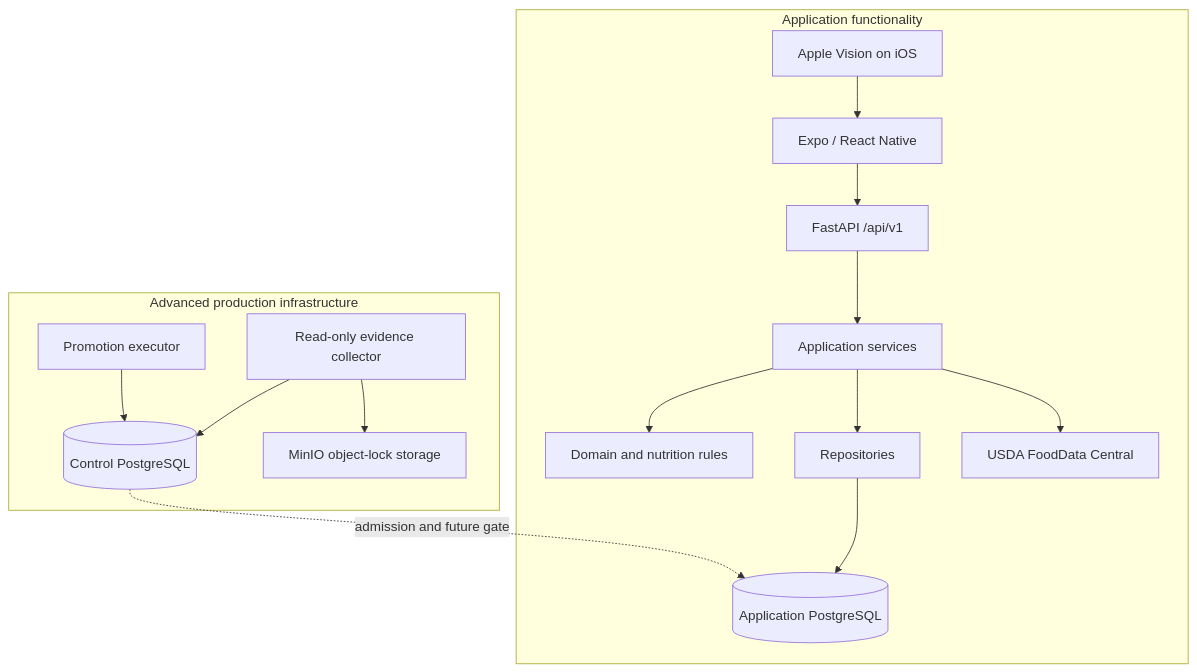
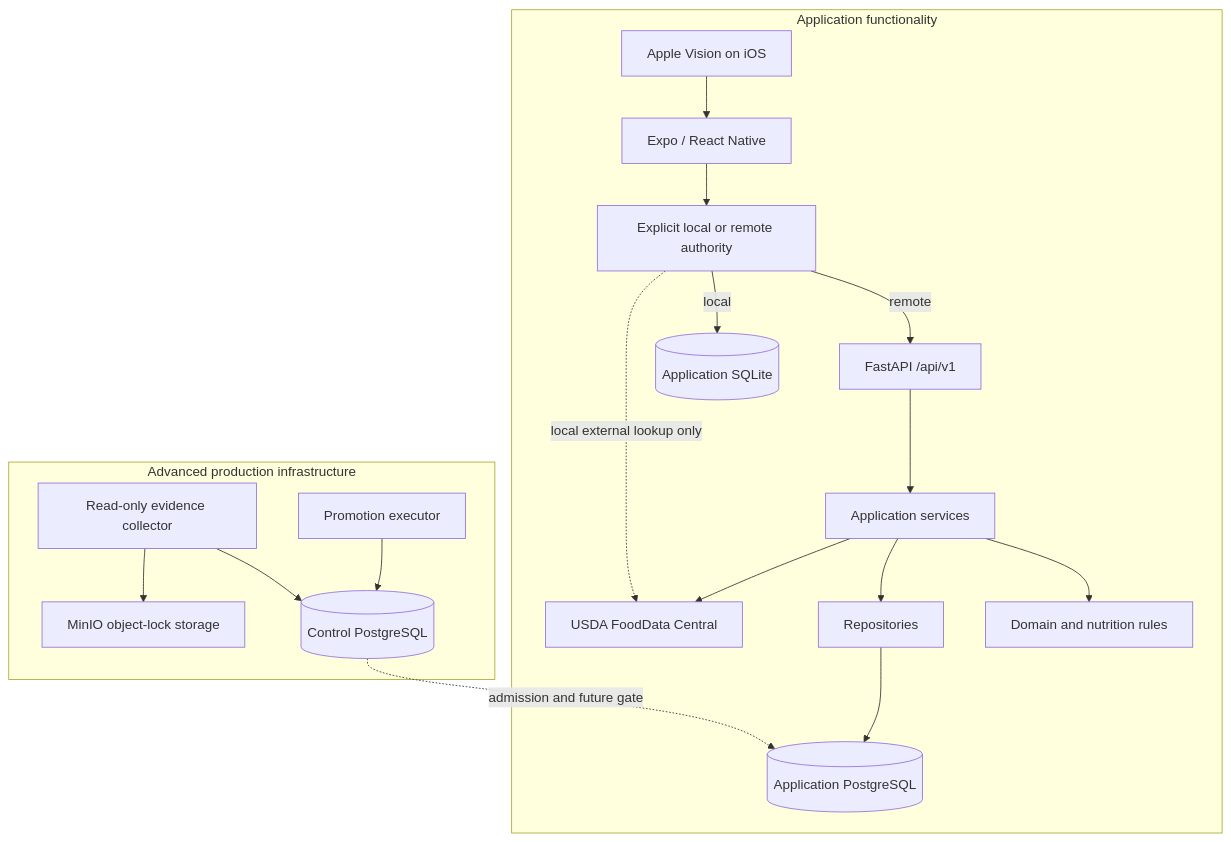
Before and after one commit to MitCaine/Nutrition-App: the first of 2 diagrams in docs/architecture/overview.md, drawn with Mermaid. The commit also changed other lines of this file and 31 other files, not shown here.

First line of the commit message:
feat(mobile): enable explicit local runtime authority

````diff
--- a/docs/architecture/overview.md
+++ b/docs/architecture/overview.md
@@ -15,19 +15,22 @@
 ```mermaid
 flowchart TB
     subgraph Product["Application functionality"]
-        Mobile["Expo / React Native"] --> API["FastAPI /api/v1"]
+        Mobile["Expo / React Native"] --> Selection["Explicit local or remote authority"]
+        Selection -->|remote| API["FastAPI /api/v1"]
+        Selection -->|local| LocalDB[("Application SQLite")]
         API --> Services["Application services"]
         Services --> Rules["Domain and nutrition rules"]
         Services --> Repos["Repositories"]
         Repos --> AppDB[("Application PostgreSQL")]
         Services --> USDA["USDA FoodData Central"]
+        Selection -.->|local external lookup only| USDA
         Native["Apple Vision on iOS"] --> Mobile
     end
 
     subgraph Operations["Advanced production infrastructure"]
         Collector["Read-only evidence collector"] --> ControlDB[("Control PostgreSQL")]
         Collector --> WORM["MinIO object-lock storage"]
         Executor["Promotion executor"] --> ControlDB
         ControlDB -.->|admission and future gate| AppDB
     end
 ```
````
